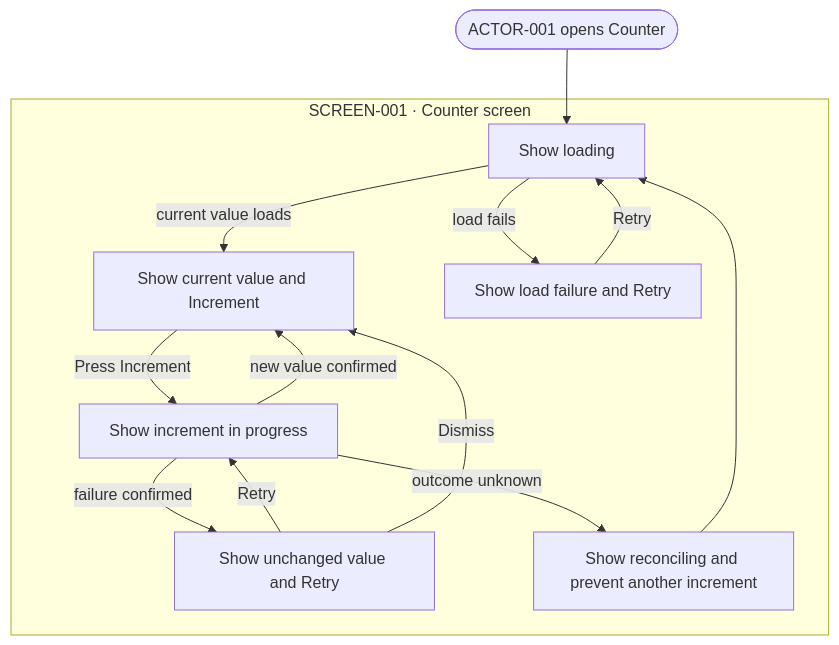
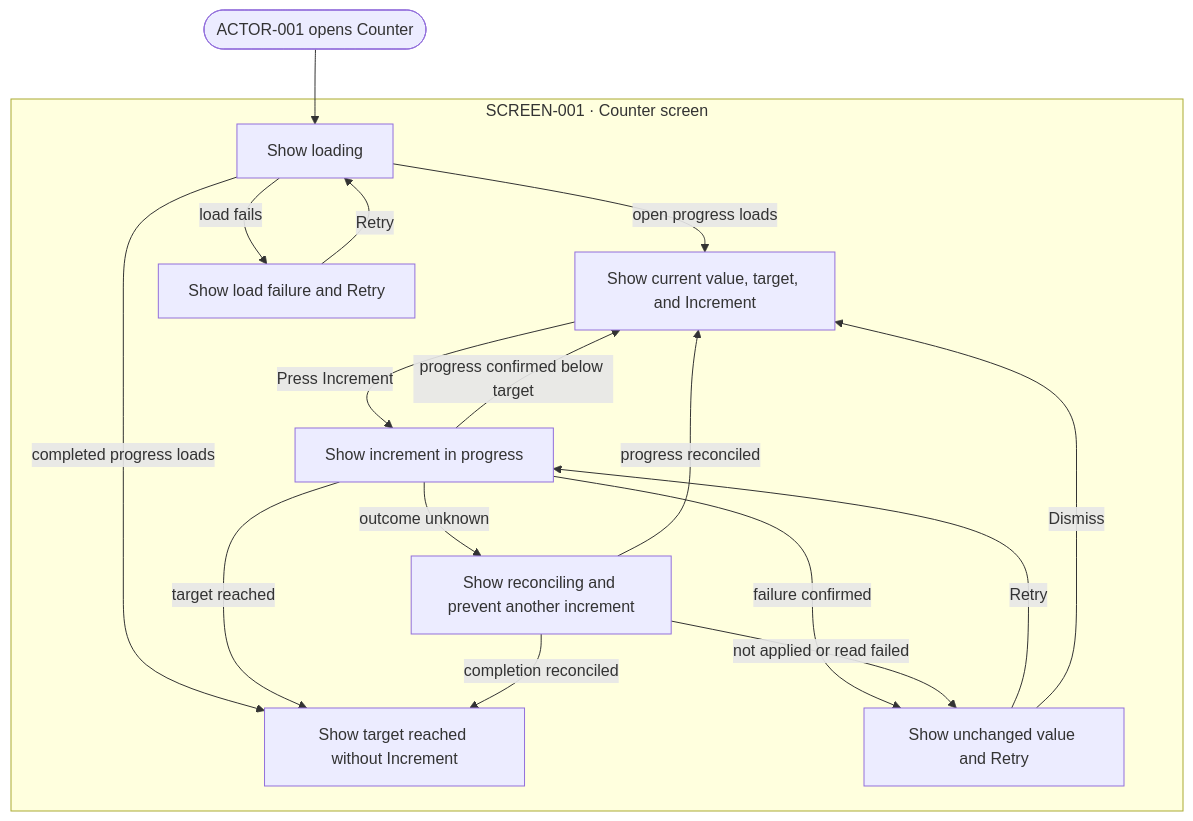
The diagram in skills/product-intent-manager/assets/example-product-intent-package/experience/user-flows.md (swabbie-dev/product-intent-package), drawn with Mermaid before and after one commit. The commit also changed other lines of this file and 14 other files, not shown here.

````diff
--- a/skills/product-intent-manager/assets/example-product-intent-package/experience/user-flows.md
+++ b/skills/product-intent-manager/assets/example-product-intent-package/experience/user-flows.md
@@ -9,20 +12,24 @@
 ```mermaid
 flowchart TD
   START(["ACTOR-001 opens Counter"])
 
   subgraph SCREEN_001["SCREEN-001 · Counter screen"]
-    LOADING["Show loading"] -->|current value loads| READY["Show current value and Increment"]
+    LOADING["Show loading"] -->|open progress loads| READY["Show current value, target, and Increment"]
+    LOADING -->|completed progress loads| COMPLETE["Show target reached without Increment"]
     LOADING -->|load fails| LOAD_ERROR["Show load failure and Retry"]
     LOAD_ERROR -->|Retry| LOADING
 
     READY -->|Press Increment| SUBMITTING["Show increment in progress"]
-    SUBMITTING -->|new value confirmed| READY
+    SUBMITTING -->|progress confirmed below target| READY
+    SUBMITTING -->|target reached| COMPLETE
     SUBMITTING -->|failure confirmed| RETRY["Show unchanged value and Retry"]
     RETRY -->|Retry| SUBMITTING
     RETRY -->|Dismiss| READY
     SUBMITTING -->|outcome unknown| RECONCILE["Show reconciling and prevent another increment"]
-    RECONCILE --> LOADING
+    RECONCILE -->|progress reconciled| READY
+    RECONCILE -->|completion reconciled| COMPLETE
+    RECONCILE -->|not applied or read failed| RETRY
   end
 
   START --> LOADING
 ```
````
